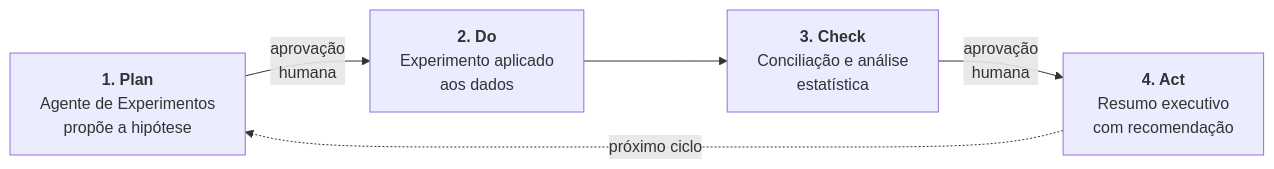
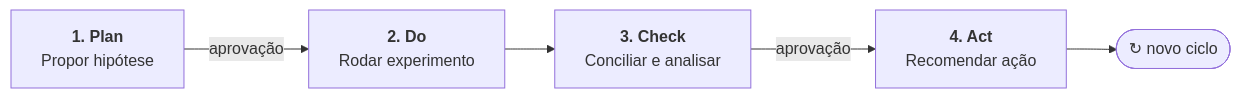
The diagram in README.md (Suami-Yonashiro/copiloto-margem-delivery), drawn with Mermaid before and after one commit.

Commit message:
feat: ajusta o mermaid

````diff
--- a/README.md
+++ b/README.md
@@ -21,7 +21,7 @@
 ```mermaid
 flowchart LR
-    P["<b>1. Plan</b><br/>Agente de Experimentos<br/>propõe a hipótese"] -->|"aprovação<br/>humana"| D["<b>2. Do</b><br/>Experimento aplicado<br/>aos dados"]
-    D --> C["<b>3. Check</b><br/>Conciliação e análise<br/>estatística"]
-    C -->|"aprovação<br/>humana"| A["<b>4. Act</b><br/>Resumo executivo<br/>com recomendação"]
-    A -. próximo ciclo .-> P
+    P["<b>1. Plan</b><br/>Propor hipótese"] -->|aprovação| D["<b>2. Do</b><br/>Rodar experimento"]
+    D --> C["<b>3. Check</b><br/>Conciliar e analisar"]
+    C -->|aprovação| A["<b>4. Act</b><br/>Recomendar ação"]
+    A --> R(["↻ novo ciclo"])
 ```
````
